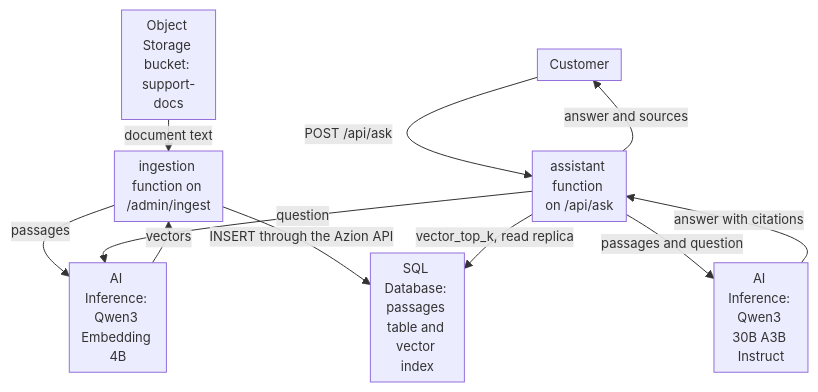
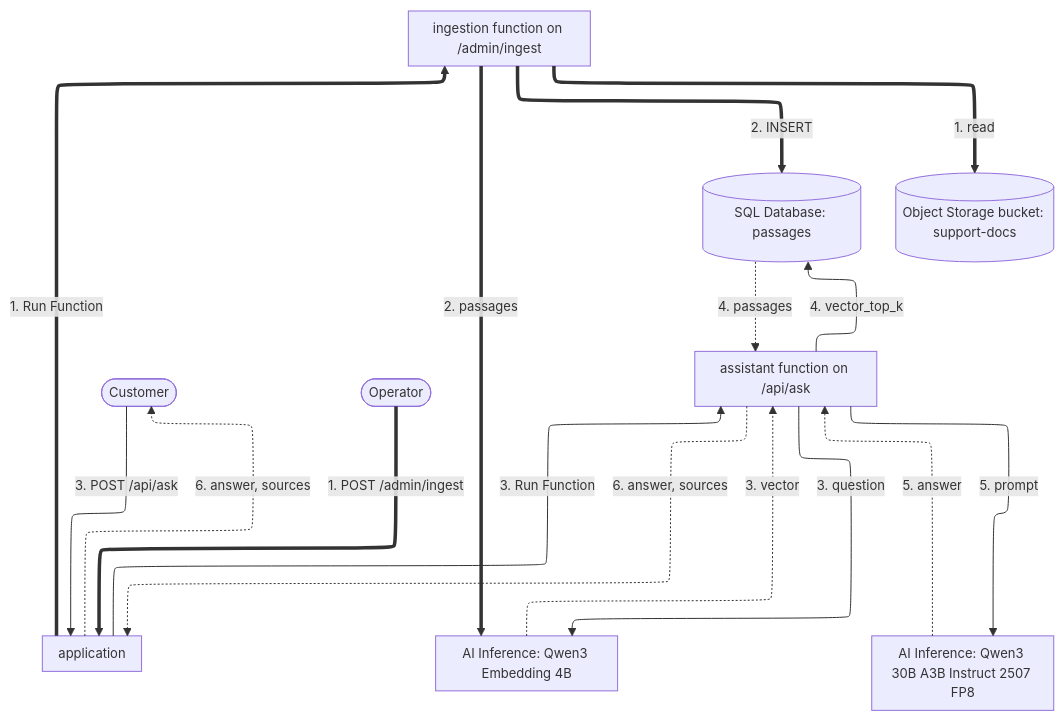
The diagram in apps/docs/src/content/docs/en/pages/use-cases/build-and-run-ai-workloads/build-and-run-customer-support-ai-assistants.mdx (aziontech/docs), drawn with Mermaid before and after one commit. The commit also changed other lines of this file and 55 other files, not shown here.

Commit message:
docs(use-cases): redraw the use-case diagrams with the way back and check their claims (#2509)

````diff
--- a/apps/docs/src/content/docs/en/pages/use-cases/build-and-run-ai-workloads/build-and-run-customer-support-ai-assistants.mdx
+++ b/apps/docs/src/content/docs/en/pages/use-cases/build-and-run-ai-workloads/build-and-run-customer-support-ai-assistants.mdx
@@ -42,14 +44,28 @@
 ```mermaid
-%%{init: {"layout": "dagre", "themeVariables": {"fontSize": "13px"}, "flowchart": {"nodeSpacing": 12, "rankSpacing": 12, "padding": 6, "wrappingWidth": 70, "minNodeWidth": 40, "useMaxWidth": true}}}%%
+%%{init: {"layout": "elk", "elk": {"preset": "modelOrder", "keepEntryNodeOnTop": true, "cycleBreakingStrategy": "MODEL_ORDER"}, "themeVariables": {"fontSize": "13px"}, "flowchart": {"nodeSpacing": 24, "rankSpacing": 36, "padding": 8, "wrappingWidth": 150, "useMaxWidth": true}, "sequence": {"width": 120, "actorMargin": 30, "useMaxWidth": true}}}%%
 flowchart TD
-  Bucket["Object Storage bucket: support-docs"] -->|"document text"| Ingest["ingestion function on /admin/ingest"]
-  Ingest -->|"passages"| Embed["AI Inference: Qwen3 Embedding 4B"]
-  Embed -->|"vectors"| Ingest
-  Ingest -->|"INSERT through the Azion API"| DB["SQL Database: passages table and vector index"]
-  Customer["Customer"] -->|"POST /api/ask"| Assist["assistant function on /api/ask"]
-  Assist -->|"question"| Embed
-  Assist -->|"vector_top_k, read replica"| DB
-  Assist -->|"passages and question"| Chat["AI Inference: Qwen3 30B A3B Instruct"]
-  Chat -->|"answer with citations"| Assist
-  Assist -->|"answer and sources"| Customer
+  Customer(["Customer"])
+  Operator(["Operator"])
+  App["application"]
+  Assist["assistant function on /api/ask"]
+  Ingest["ingestion function on /admin/ingest"]
+  Embed["AI Inference: Qwen3 Embedding 4B"]
+  DB[("SQL Database: passages")]
+  Chat["AI Inference: Qwen3 30B A3B Instruct 2507 FP8"]
+  Bucket[("Object Storage bucket: support-docs")]
+  Customer -->|"3. POST /api/ask"| App
+  App -->|"3. Run Function"| Assist
+  Assist -->|"3. question"| Embed
+  Assist -->|"4. vector_top_k"| DB
+  Assist -->|"5. prompt"| Chat
+  Embed -.->|"3. vector"| Assist
+  DB -.->|"4. passages"| Assist
+  Chat -.->|"5. answer"| Assist
+  Assist -.->|"6. answer, sources"| App
+  App -.->|"6. answer, sources"| Customer
+  Operator ==>|"1. POST /admin/ingest"| App
+  App ==>|"1. Run Function"| Ingest
+  Ingest ==>|"1. read"| Bucket
+  Ingest ==>|"2. passages"| Embed
+  Ingest ==>|"2. INSERT"| DB
 ```
````
